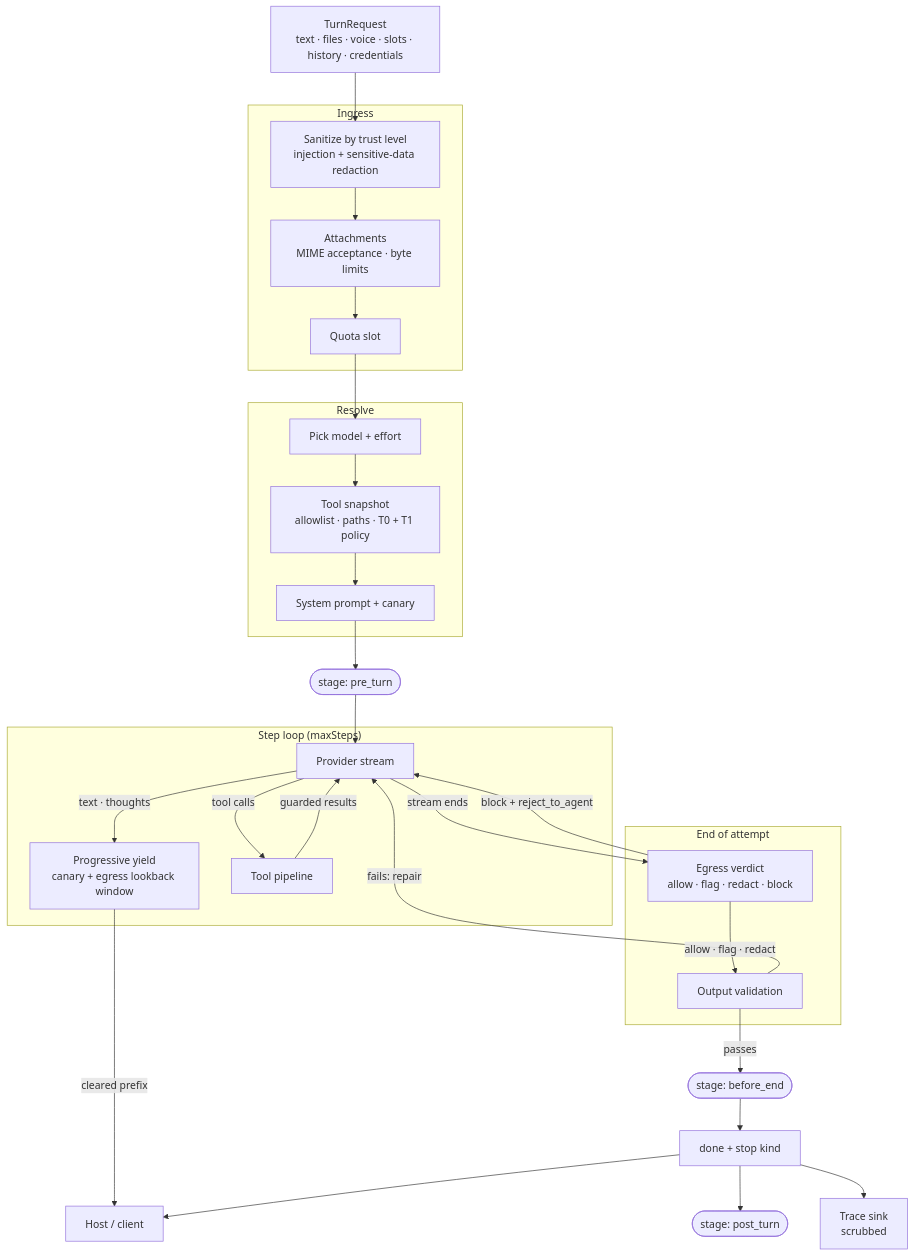
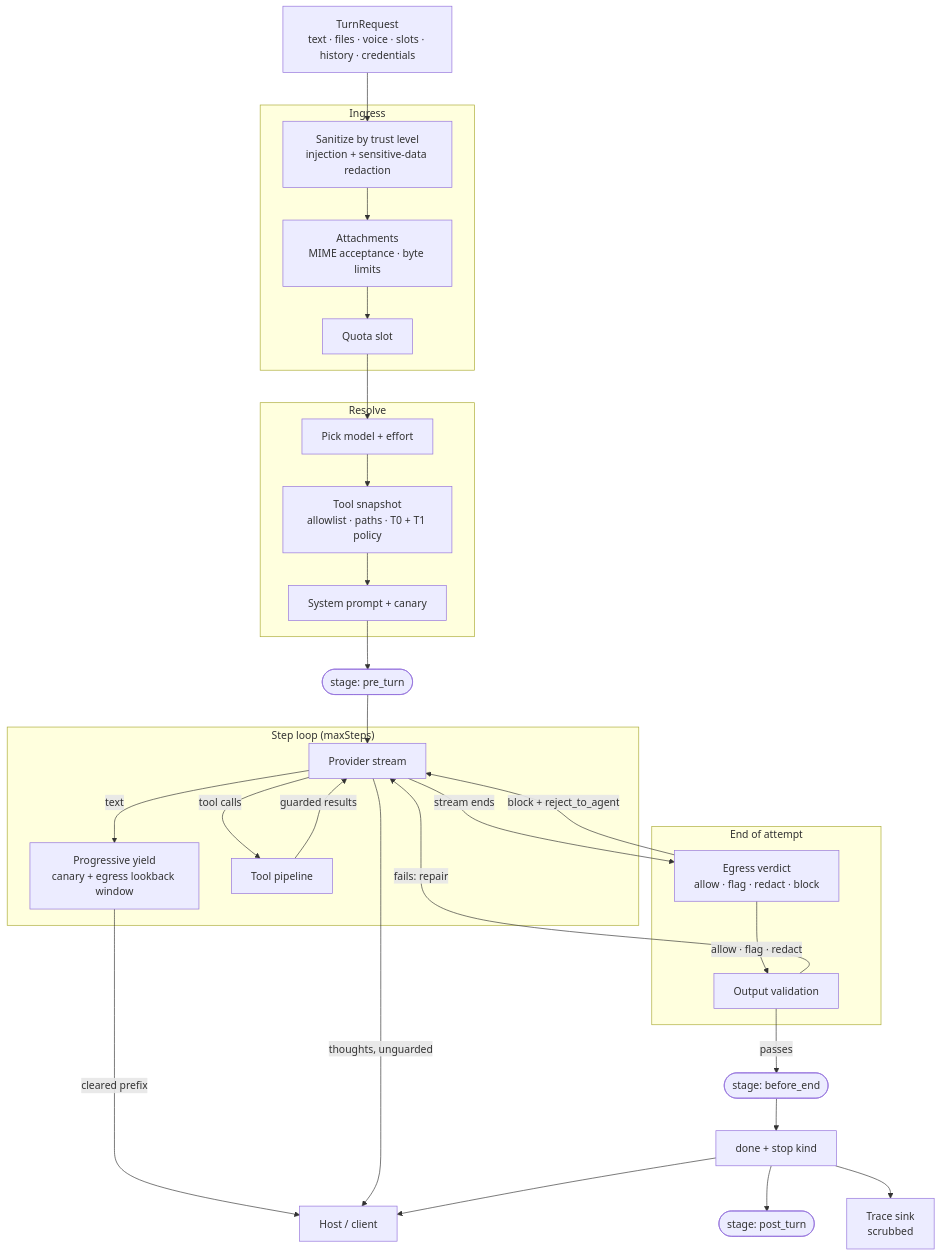
The first of 3 diagrams in README.md (masudl-hub/theoremai), drawn with Mermaid before and after one commit. The commit also changed other lines of this file and 106 other files, not shown here.

````diff
--- a/README.md
+++ b/README.md
@@ -450,46 +448,47 @@
 ```mermaid
 flowchart TD
   REQ["TurnRequest<br/>text · files · voice · slots · history · credentials"]
 
   subgraph Ingress["Ingress"]
     SAN["Sanitize by trust level<br/>injection + sensitive-data redaction"]
     MEDIA["Attachments<br/>MIME acceptance · byte limits"]
     QUOTA["Quota slot"]
   end
 
   subgraph Resolve["Resolve"]
     PICK["Pick model + effort"]
     SNAP["Tool snapshot<br/>allowlist · paths · T0 + T1 policy"]
     SYS["System prompt + canary"]
   end
 
   PRE(["stage: pre_turn"])
 
   subgraph Loop["Step loop (maxSteps)"]
     PROV["Provider stream"]
     GATE["Progressive yield<br/>canary + egress lookback window"]
     TOOLS["Tool pipeline"]
   end
 
   subgraph Check["End of attempt"]
     EGR["Egress verdict<br/>allow · flag · redact · block"]
     VAL["Output validation"]
   end
 
   END(["stage: before_end"])
   DONE["done + stop kind"]
   POST(["stage: post_turn"])
   TRACE["Trace sink<br/>scrubbed"]
   HOST["Host / client"]
 
   REQ --> SAN --> MEDIA --> QUOTA --> PICK --> SNAP --> SYS --> PRE --> PROV
-  PROV -->|text · thoughts| GATE -->|cleared prefix| HOST
+  PROV -->|text| GATE -->|cleared prefix| HOST
+  PROV -->|thoughts, unguarded| HOST
   PROV -->|tool calls| TOOLS -->|guarded results| PROV
   PROV -->|stream ends| EGR
   EGR -->|block + reject_to_agent| PROV
   EGR -->|allow · flag · redact| VAL
   VAL -->|fails: repair| PROV
   VAL -->|passes| END --> DONE --> POST
   DONE --> HOST
   DONE --> TRACE
 ```
````
